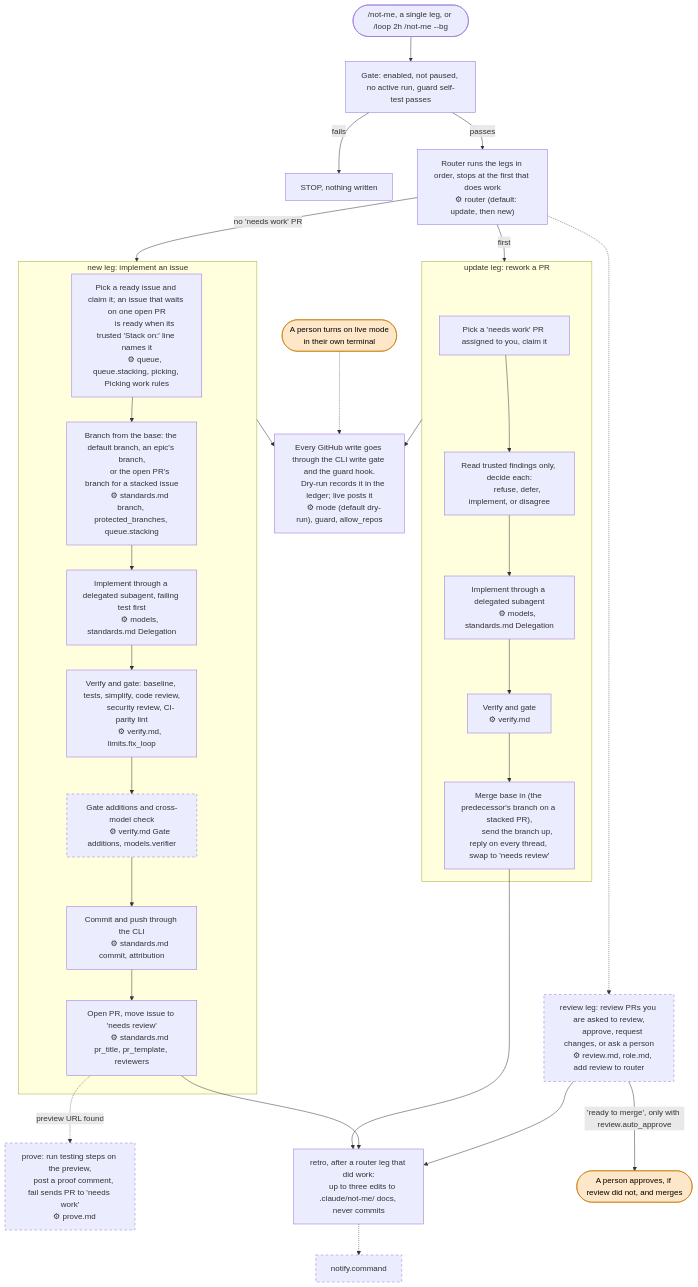
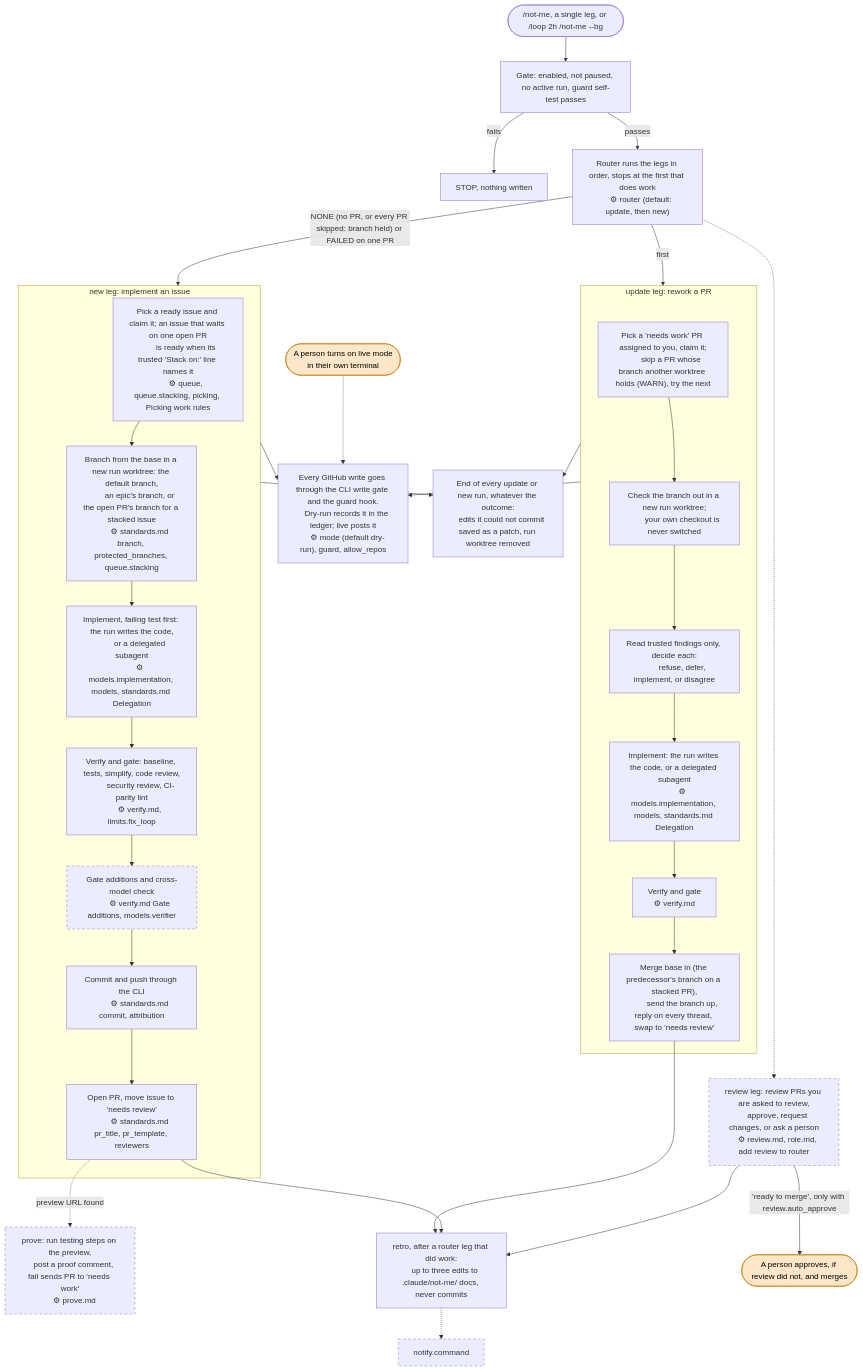
One commit to dblanken-yale/not-me changed the diagram in README.md. Above: the diagram before and after it, drawn with Mermaid. The commit also changed other lines of this file and 30 other files, not shown here.

First line of the commit message:
fix(157): skip a PR whose branch is held by another worktree and keep the queue moving

```diff
--- a/README.md
+++ b/README.md
@@ -52,27 +52,31 @@
     gate -- passes --> router
 
     subgraph update ["update leg: rework a PR"]
-        u1["Pick a 'needs work' PR assigned to you, claim it"]
+        u1["Pick a 'needs work' PR assigned to you, claim it;
+        skip a PR whose branch another worktree holds (WARN), try the next"]
+        u1w["Check the branch out in a new run worktree;
+        your own checkout is never switched"]
         u2["Read trusted findings only, decide each:
         refuse, defer, implement, or disagree"]
-        u3["Implement through a delegated subagent
-        ⚙ models, standards.md Delegation"]
+        u3["Implement: the run writes the code, or a delegated subagent
+        ⚙ models.implementation, models, standards.md Delegation"]
         u4["Verify and gate
         ⚙ verify.md"]
         u5["Merge base in (the predecessor's branch on a stacked PR),
         send the branch up, reply on every thread, swap to 'needs review'"]
-        u1 --> u2 --> u3 --> u4 --> u5
+        u1 --> u1w --> u2 --> u3 --> u4 --> u5
     end
 
     subgraph new ["new leg: implement an issue"]
         n1["Pick a ready issue and claim it; an issue that waits on one open PR
         is ready when its trusted 'Stack on:' line names it
         ⚙ queue, queue.stacking, picking, Picking work rules"]
-        n2["Branch from the base: the default branch, an epic's branch,
-        or the open PR's branch for a stacked issue
+        n2["Branch from the base in a new run worktree: the default branch,
+        an epic's branch, or the open PR's branch for a stacked issue
         ⚙ standards.md branch, protected_branches, queue.stacking"]
-        n3["Implement through a delegated subagent, failing test first
-        ⚙ models, standards.md Delegation"]
+        n3["Implement, failing test first: the run writes the code,
+        or a delegated subagent
+        ⚙ models.implementation, models, standards.md Delegation"]
         n4["Verify and gate: baseline, tests, simplify, code review,
         security review, CI-parity lint
         ⚙ verify.md, limits.fix_loop"]
@@ -86,7 +90,7 @@
     end
 
     router -- "first" --> update
-    router -- "no 'needs work' PR" --> new
+    router -- "NONE (no PR, or every PR skipped: branch held) or FAILED on one PR" --> new
 
     review["review leg: review PRs you are asked to review,
     approve, request changes, or ask a person
@@ -103,6 +107,8 @@
     live(["A person turns on live mode
     in their own terminal"])
     merge(["A person approves, if review did not, and merges"])
+    cleanup["End of every update or new run, whatever the outcome:
+    edits it could not commit saved as a patch, run worktree removed"]
 
     router -.-> review
     n6 -. "preview URL found" .-> prove
@@ -112,6 +118,8 @@
     retro -.-> notify
     update --> writes
     new --> writes
+    update --> cleanup
+    new --> cleanup
     live -.-> writes
     review -- "'ready to merge', only with review.auto_approve" --> merge
 
```
